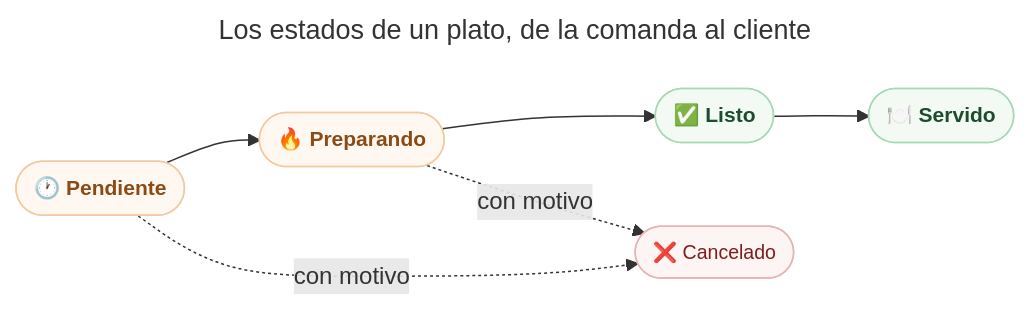
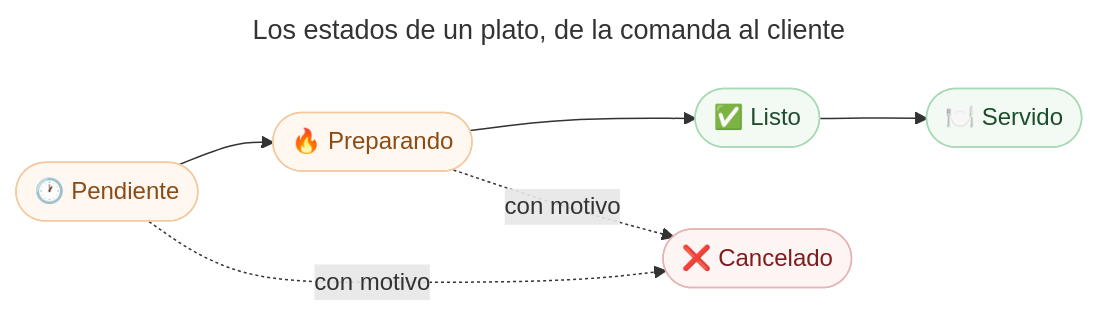
One commit to sotobotero/sotobotero-projects-docs changed the third of 4 diagrams in ada/qa/guia-restaurante.md. Above: the diagram before and after it, drawn with Mermaid. The commit also changed other lines of this file and 6 other files, not shown here.

````diff
--- a/ada/qa/guia-restaurante.md
+++ b/ada/qa/guia-restaurante.md
@@ -86,15 +86,15 @@
 ```mermaid
 ---
 title: Los estados de un plato, de la comanda al cliente
 ---
 flowchart LR
     P(["🕐 Pendiente"]):::encurso --> R(["🔥 Preparando"]):::encurso
     R --> L(["✅ Listo"]):::listo
     L --> S(["🍽️ Servido"]):::listo
     P -.->|"con motivo"| X(["❌ Cancelado"]):::malo
     R -.->|"con motivo"| X
 
-    classDef encurso fill:#fff8f1,stroke:#f3c9a0,stroke-width:1px,color:#8a4b16,font-size:14px,font-weight:600
-    classDef listo fill:#f3faf4,stroke:#a7d9b4,stroke-width:1px,color:#1d4d2b,font-size:14px,font-weight:600
-    classDef malo fill:#fdf4f4,stroke:#e7b3b3,stroke-width:1px,color:#7f1d1d,font-size:13px
+    classDef encurso fill:#fff8f1,stroke:#f3c9a0,stroke-width:1px,color:#8a4b16
+    classDef listo fill:#f3faf4,stroke:#a7d9b4,stroke-width:1px,color:#1d4d2b
+    classDef malo fill:#fdf4f4,stroke:#e7b3b3,stroke-width:1px,color:#7f1d1d
 ```
````
